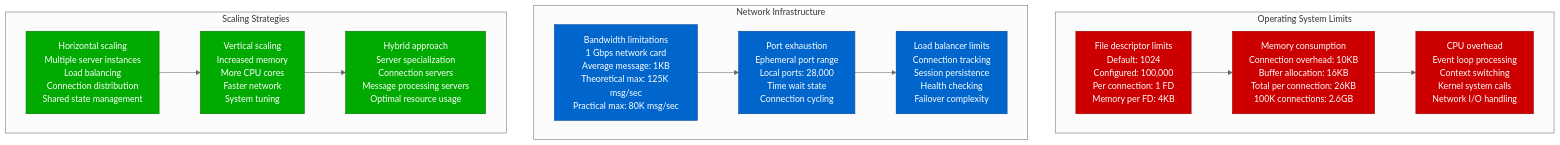
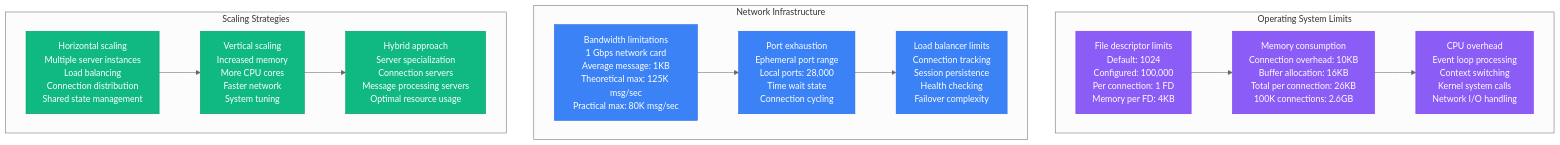
Before and after one commit to deepaucksharma/DS: the first of 11 diagrams in site/docs/performance/websocket-performance-profile.md, drawn with Mermaid (neutral theme). The commit also changed other lines of this file and 303 other files, not shown here.

````diff
--- a/site/docs/performance/websocket-performance-profile.md
+++ b/site/docs/performance/websocket-performance-profile.md
@@ -11,40 +11,40 @@
 ```mermaid
 graph TB
     subgraph "Operating System Limits"
         OS1[File descriptor limits<br/>Default: 1024<br/>Configured: 100,000<br/>Per connection: 1 FD<br/>Memory per FD: 4KB]
 
         OS2[Memory consumption<br/>Connection overhead: 10KB<br/>Buffer allocation: 16KB<br/>Total per connection: 26KB<br/>100K connections: 2.6GB]
 
         OS3[CPU overhead<br/>Event loop processing<br/>Context switching<br/>Kernel system calls<br/>Network I/O handling]
 
         OS1 --> OS2 --> OS3
     end
 
     subgraph "Network Infrastructure"
         NET1[Bandwidth limitations<br/>1 Gbps network card<br/>Average message: 1KB<br/>Theoretical max: 125K msg/sec<br/>Practical max: 80K msg/sec]
 
         NET2[Port exhaustion<br/>Ephemeral port range<br/>Local ports: 28,000<br/>Time wait state<br/>Connection cycling]
 
         NET3[Load balancer limits<br/>Connection tracking<br/>Session persistence<br/>Health checking<br/>Failover complexity]
 
         NET1 --> NET2 --> NET3
     end
 
     subgraph "Scaling Strategies"
         SCALE1[Horizontal scaling<br/>Multiple server instances<br/>Load balancing<br/>Connection distribution<br/>Shared state management]
 
         SCALE2[Vertical scaling<br/>Increased memory<br/>More CPU cores<br/>Faster network<br/>System tuning]
 
         SCALE3[Hybrid approach<br/>Server specialization<br/>Connection servers<br/>Message processing servers<br/>Optimal resource usage]
 
         SCALE1 --> SCALE2 --> SCALE3
     end
 
-    classDef osStyle fill:#CC0000,stroke:#990000,color:#fff
-    classDef networkStyle fill:#0066CC,stroke:#004499,color:#fff
-    classDef scaleStyle fill:#00AA00,stroke:#007700,color:#fff
+    classDef osStyle fill:#8B5CF6,stroke:#7C3AED,color:#fff
+    classDef networkStyle fill:#3B82F6,stroke:#2563EB,color:#fff
+    classDef scaleStyle fill:#10B981,stroke:#059669,color:#fff
 
     class OS1,OS2,OS3 osStyle
     class NET1,NET2,NET3 networkStyle
     class SCALE1,SCALE2,SCALE3 scaleStyle
 ```
````
